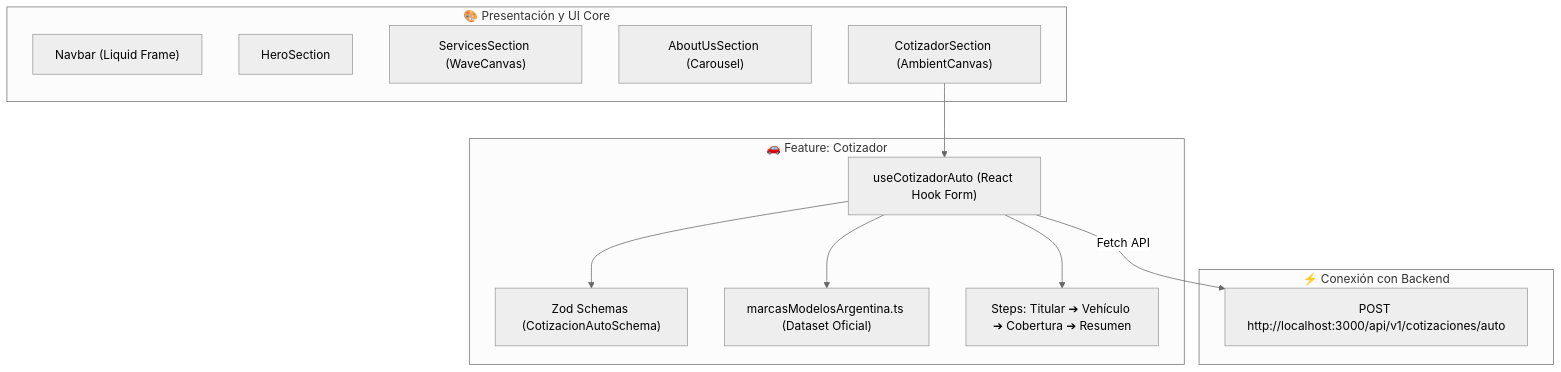
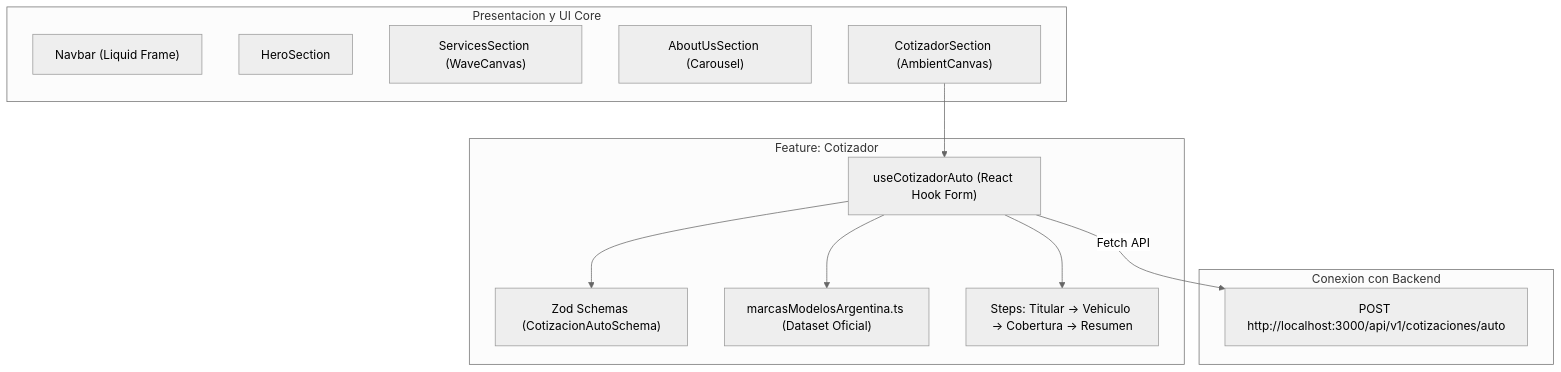
One commit to Ixion-Systems/SecureLife_FrontEnd changed the diagram in README.md. Above: the diagram before and after it, drawn with Mermaid (neutral theme). The commit also changed other lines of this file and 2 other files, not shown here.

````diff
--- a/README.md
+++ b/README.md
@@ -54,27 +54,27 @@
 ```mermaid
 graph TD
-    subgraph UI ["🎨 Presentación y UI Core"]
+    subgraph UI ["Presentacion y UI Core"]
         NAV["Navbar (Liquid Frame)"]
         HERO["HeroSection"]
         SRV["ServicesSection (WaveCanvas)"]
         ABOUT["AboutUsSection (Carousel)"]
         COT_SEC["CotizadorSection (AmbientCanvas)"]
     end
 
-    subgraph Feature ["🚗 Feature: Cotizador"]
+    subgraph Feature ["Feature: Cotizador"]
         HOOK["useCotizadorAuto (React Hook Form)"]
         VAL["Zod Schemas (CotizacionAutoSchema)"]
         DATA["marcasModelosArgentina.ts (Dataset Oficial)"]
-        STEPS["Steps: Titular ➔ Vehículo ➔ Cobertura ➔ Resumen"]
+        STEPS["Steps: Titular -> Vehiculo -> Cobertura -> Resumen"]
     end
 
-    subgraph API ["⚡ Conexión con Backend"]
+    subgraph API ["Conexion con Backend"]
         BACK["POST http://localhost:3000/api/v1/cotizaciones/auto"]
     end
 
     COT_SEC --> HOOK
     HOOK --> VAL
     HOOK --> DATA
     HOOK --> STEPS
     HOOK -->|"Fetch API"| BACK
 ```
````
